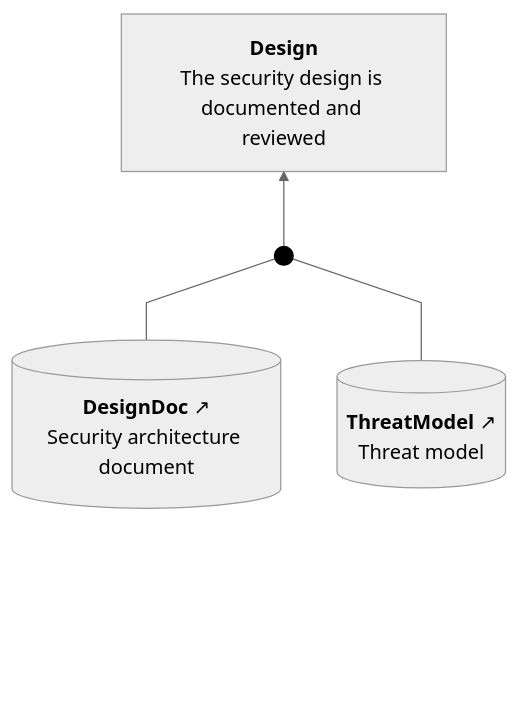
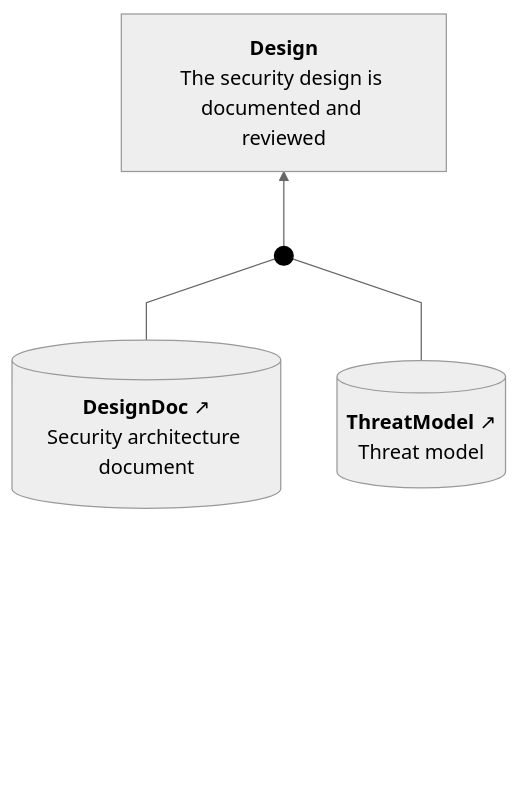
Before and after one commit to david-a-wheeler/verocase: the third of 3 diagrams in tests/fixtures/badgeapp-doc-output.expected.md, drawn with Mermaid. The commit also changed other lines of this file and 8 other files, not shown here.

Commit message:
Increase bottom padding by lengthening connector

````diff
--- a/tests/fixtures/badgeapp-doc-output.expected.md
+++ b/tests/fixtures/badgeapp-doc-output.expected.md
@@ -111,30 +111,30 @@
 ```mermaid
 ---
 config:
   theme: neutral
   flowchart:
     curve: linear
     htmlLabels: true
     rankSpacing: 60
     nodeSpacing: 45
     padding: 15
 ---
 flowchart BT
     classDef invisible opacity:0
     classDef sacmDot fill:#000,stroke:#000
     classDef connector fill:none,stroke:#cccccc,stroke-width:1px;
     classDef abstractClaim stroke-width:2px,stroke-dasharray: 5 5;
     Design["<b>Design</b><br>The security design is documented and reviewed"]
     DesignDoc[("<b>DesignDoc</b>&nbsp;↗<br>Security architecture document")]
     ThreatModel[("<b>ThreatModel</b>&nbsp;↗<br>Threat model")]
     Dot1((" ")):::sacmDot
     click Design "https://github.com/david-a-wheeler/verocase/blob/main/tests/fixtures/badgeapp-doc-output.expected.md#claim-design"
     click DesignDoc "https://github.com/david-a-wheeler/verocase/blob/main/tests/fixtures/badgeapp-doc-output.expected.md#evidence-designdoc"
     click ThreatModel "https://github.com/david-a-wheeler/verocase/blob/main/tests/fixtures/badgeapp-doc-output.expected.md#evidence-threatmodel"
 
-    BottomPadding1["<br/><br/><br/>"]:::invisible ~~~ DesignDoc
-    BottomPadding2["<br/><br/><br/>"]:::invisible ~~~ ThreatModel
+    BottomPadding1["<br/><br/><br/>"]:::invisible ~~~~ DesignDoc
+    BottomPadding2["<br/><br/><br/>"]:::invisible ~~~~ ThreatModel
     DesignDoc --- Dot1
     ThreatModel --- Dot1
     Dot1 --> Design
 ```
````
